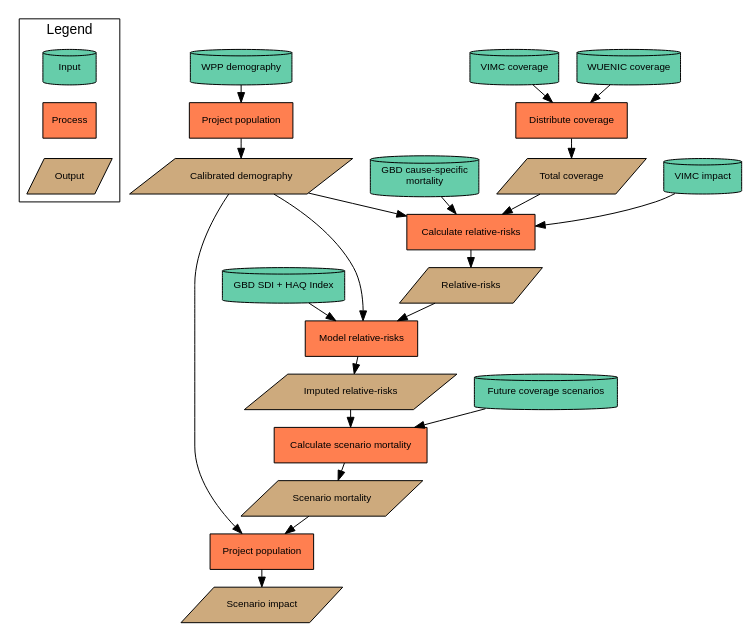
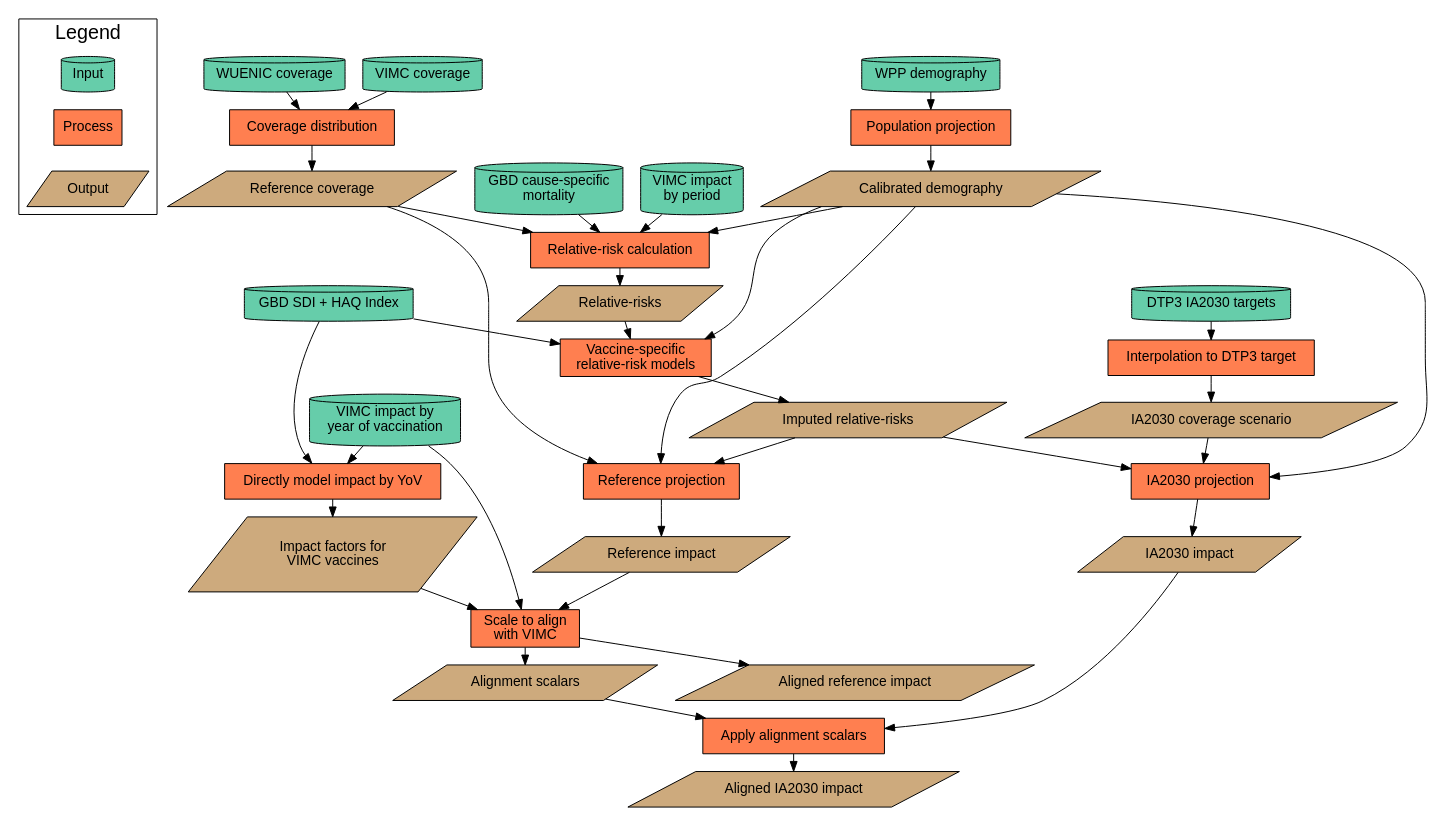
One commit to aucarter/vieIA2030 changed the diagram in flowchart.dot. Above: the diagram before and after it, drawn with Graphviz. The commit also changed 1 other file, not shown here.

Commit message:
Add detailed flowchart

```diff
--- a/flowchart.dot
+++ b/flowchart.dot
@@ -1,36 +1,81 @@
-digraph flowchart {
-  graph [fontsize = 14, fontname = Helvetica]
-  node [style = filled, fontsize = 10, fontname = Helvetica]
+digraph flowchart { 
+  graph [fontsize = 20, fontname = Helvetica]
+  node [style = filled, fontsize = 14, fontname = Helvetica]
   
   # Legend
   subgraph cluster_legend {
     label = "Legend";
     shape = rectangle;
     fillcolor = lightgray;
     ranksep = 0.05;
     Input [shape = cylinder, fillcolor = aquamarine3, pos = "34, 34!"];
     Process [shape = rectangle, fillcolor = coral];
     Output [shape = parallelogram, fillcolor = burlywood3];
     Input -> Process -> Output [style = invis];
   }
 
   # Inputs
   node [shape = cylinder, fillcolor = aquamarine3]
-  "WPP demography"; "WUENIC coverage"; "VIMC coverage"; "VIMC impact"; "GBD cause-specific\nmortality"; "GBD SDI + HAQ Index"; "Future coverage scenarios"
+  "WPP demography"; "WUENIC coverage"; "VIMC coverage"; "VIMC impact\nby period";
+  "GBD cause-specific\nmortality"; "GBD SDI + HAQ Index"; 
+  "DTP3 IA2030 targets"; "VIMC impact by\n year of vaccination"
 
   # Processes
   node [shape = rectangle, fillcolor = coral]
-  "PP1" [label = "Project population"]; "Distribute coverage"; "Calculate relative-risks"; "Model relative-risks"; "Calculate scenario mortality"; "PP2" [label = "Project population"]
+  "PP" [label = "Population projection"]; "Coverage distribution";
+  "Relative-risk calculation"; "Vaccine-specific\nrelative-risk models"; "Reference projection";
+  "Scale to align\nwith VIMC"; "IA2030 projection"; "Apply alignment scalars";
+  "Interpolation to DTP3 target"; "Directly model impact by YoV"
 
   # Outputs
   node [shape = parallelogram, fillcolor = burlywood3]
-  "Calibrated demography"; "Total coverage"; "Relative-risks"; "Imputed relative-risks"; "Scenario mortality"; "Scenario impact"
+  "Calibrated demography"; "Reference coverage"; "Relative-risks"; "Imputed relative-risks";
+  "Reference impact"; "IA2030 impact";"Aligned reference impact";
+  "Alignment scalars"; "Aligned IA2030 impact"; "IA2030 coverage scenario";
+  "Impact factors for\nVIMC vaccines"
 
   # Edges
-  "WPP demography"->"PP1" "PP1"->"Calibrated demography"
-  "WUENIC coverage"->"Distribute coverage" "VIMC coverage"->"Distribute coverage" "Distribute coverage"->"Total coverage"
-  "VIMC impact"->"Calculate relative-risks" "GBD cause-specific\nmortality"->"Calculate relative-risks" "Total coverage"->"Calculate relative-risks" "Calibrated demography"->"Calculate relative-risks" "Calculate relative-risks"->"Relative-risks"
-  "GBD SDI + HAQ Index"->"Model relative-risks" "Relative-risks"->"Model relative-risks" "Calibrated demography"->"Model relative-risks" "Model relative-risks"->"Imputed relative-risks"
-  "Imputed relative-risks"->"Calculate scenario mortality" "Future coverage scenarios"->"Calculate scenario mortality" "Calculate scenario mortality"->"Scenario mortality"
-  "Scenario mortality"->"PP2" "Calibrated demography"->"PP2" "PP2"->"Scenario impact"
+  "WPP demography"->"PP" "PP"->"Calibrated demography"
+
+  "WUENIC coverage"->"Coverage distribution"
+  "VIMC coverage"->"Coverage distribution"
+  "Coverage distribution"->"Reference coverage"
+
+  "VIMC impact\nby period"->"Relative-risk calculation"
+  "GBD cause-specific\nmortality"->"Relative-risk calculation"
+  "Reference coverage"->"Relative-risk calculation"
+  "Calibrated demography"->"Relative-risk calculation"
+  "Relative-risk calculation"->"Relative-risks"
+
+  "GBD SDI + HAQ Index"->"Vaccine-specific\nrelative-risk models"
+  "Relative-risks"->"Vaccine-specific\nrelative-risk models"
+  "Calibrated demography"->"Vaccine-specific\nrelative-risk models"
+  "Vaccine-specific\nrelative-risk models"->"Imputed relative-risks"
+
+  "Imputed relative-risks"->"Reference projection"
+  "Reference coverage"->"Reference projection"
+  "Calibrated demography"->"Reference projection"
+  "Reference projection"->"Reference impact"
+
+  "Reference impact"->"Scale to align\nwith VIMC"
+  "VIMC impact by\n year of vaccination"->"Scale to align\nwith VIMC"
+  "Impact factors for\nVIMC vaccines"->"Scale to align\nwith VIMC"
+  "Scale to align\nwith VIMC"->"Aligned reference impact"
+  "Scale to align\nwith VIMC"->"Alignment scalars"
+
+  "DTP3 IA2030 targets"->"Interpolation to DTP3 target"
+  "Interpolation to DTP3 target"->"IA2030 coverage scenario"
+
+  "Imputed relative-risks"->"IA2030 projection"
+  "IA2030 coverage scenario"->"IA2030 projection"
+  "Calibrated demography"->"IA2030 projection"
+  "IA2030 projection"->"IA2030 impact"
+
+  "IA2030 impact"->"Apply alignment scalars"
+  "Alignment scalars"->"Apply alignment scalars"
+  "Apply alignment scalars"->"Aligned IA2030 impact"
+  
+  "GBD SDI + HAQ Index"->"Directly model impact by YoV"
+  "VIMC impact by\n year of vaccination"->"Directly model impact by YoV"
+  "Directly model impact by YoV"->"Impact factors for\nVIMC vaccines"
 }
```
